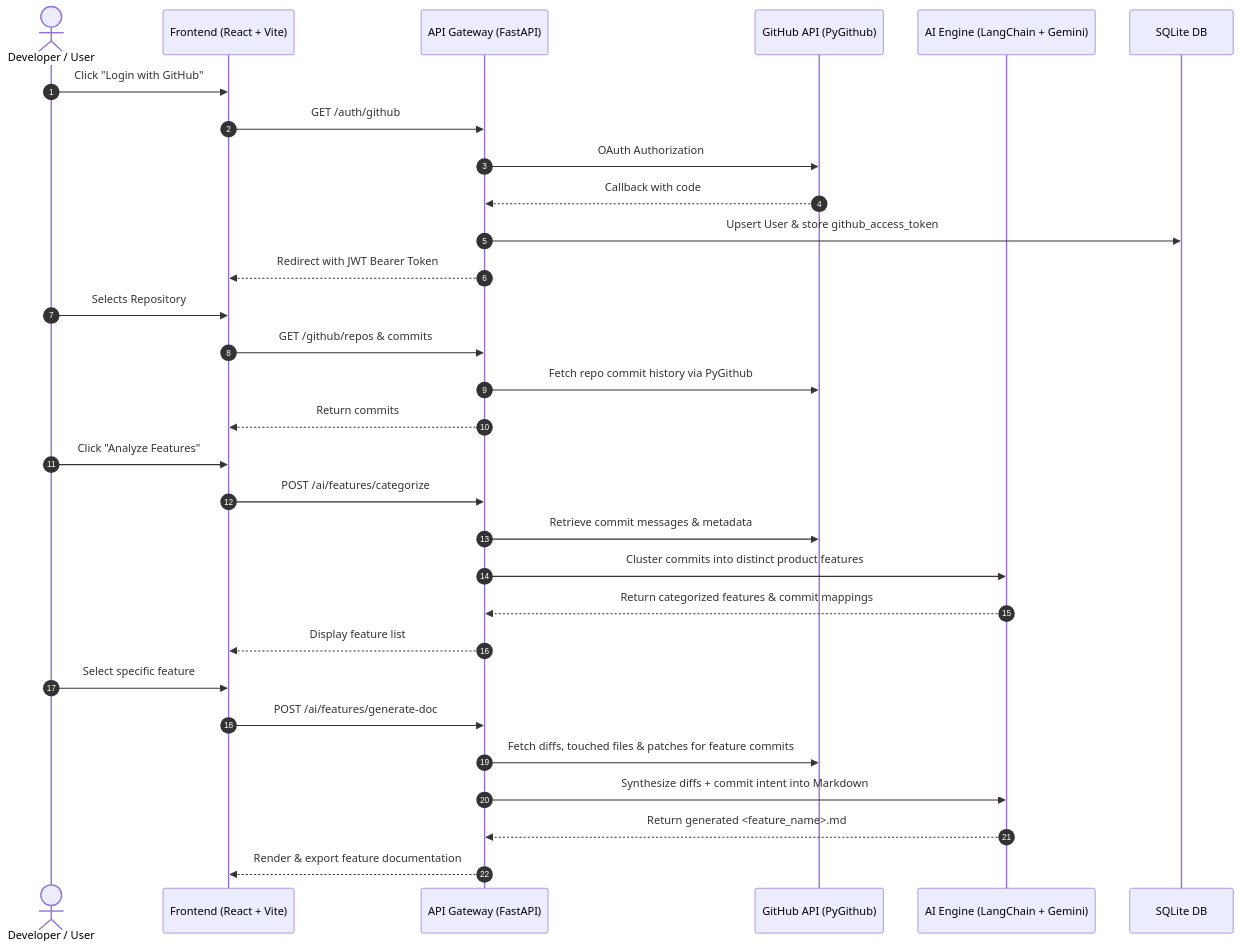
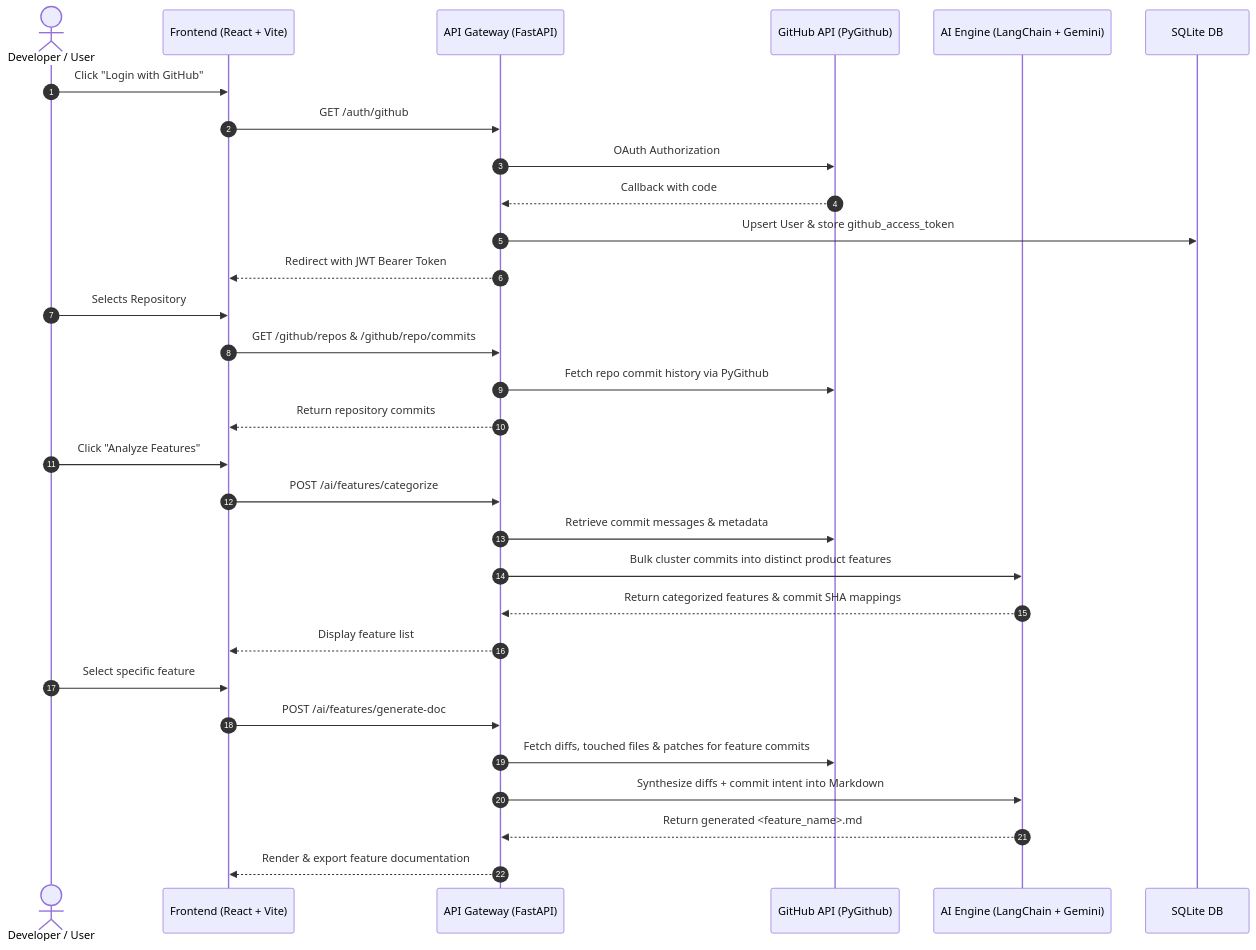
The first of 3 diagrams in server/docs/AI_DEVELOPER_GUIDE.md (Dev-Saurabh-K/Explorers), drawn with Mermaid before and after one commit. The commit also changed other lines of this file, not shown here.

````diff
--- a/server/docs/AI_DEVELOPER_GUIDE.md
+++ b/server/docs/AI_DEVELOPER_GUIDE.md
@@ -15,36 +21,36 @@
 ```mermaid
 sequenceDiagram
     autonumber
     actor User as Developer / User
     participant FE as Frontend (React + Vite)
     participant API as API Gateway (FastAPI)
     participant GH as GitHub API (PyGithub)
     participant AI as AI Engine (LangChain + Gemini)
     participant DB as SQLite DB
 
     User->>FE: Click "Login with GitHub"
     FE->>API: GET /auth/github
     API->>GH: OAuth Authorization
     GH-->>API: Callback with code
     API->>DB: Upsert User & store github_access_token
     API-->>FE: Redirect with JWT Bearer Token
 
     User->>FE: Selects Repository
-    FE->>API: GET /github/repos & commits
+    FE->>API: GET /github/repos & /github/repo/commits
     API->>GH: Fetch repo commit history via PyGithub
-    API-->>FE: Return commits
+    API-->>FE: Return repository commits
 
     User->>FE: Click "Analyze Features"
     FE->>API: POST /ai/features/categorize
     API->>GH: Retrieve commit messages & metadata
-    API->>AI: Cluster commits into distinct product features
-    AI-->>API: Return categorized features & commit mappings
+    API->>AI: Bulk cluster commits into distinct product features
+    AI-->>API: Return categorized features & commit SHA mappings
     API-->>FE: Display feature list
 
     User->>FE: Select specific feature
     FE->>API: POST /ai/features/generate-doc
     API->>GH: Fetch diffs, touched files & patches for feature commits
     API->>AI: Synthesize diffs + commit intent into Markdown
     AI-->>API: Return generated <feature_name>.md
     API-->>FE: Render & export feature documentation
 ```
````
